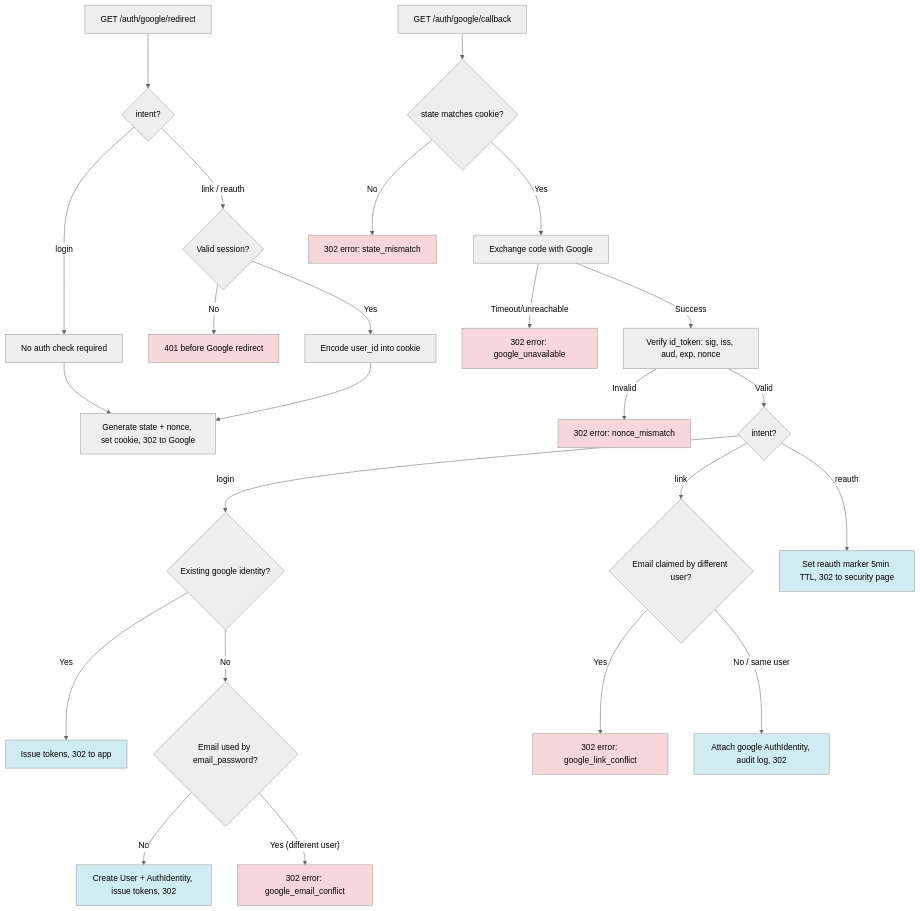
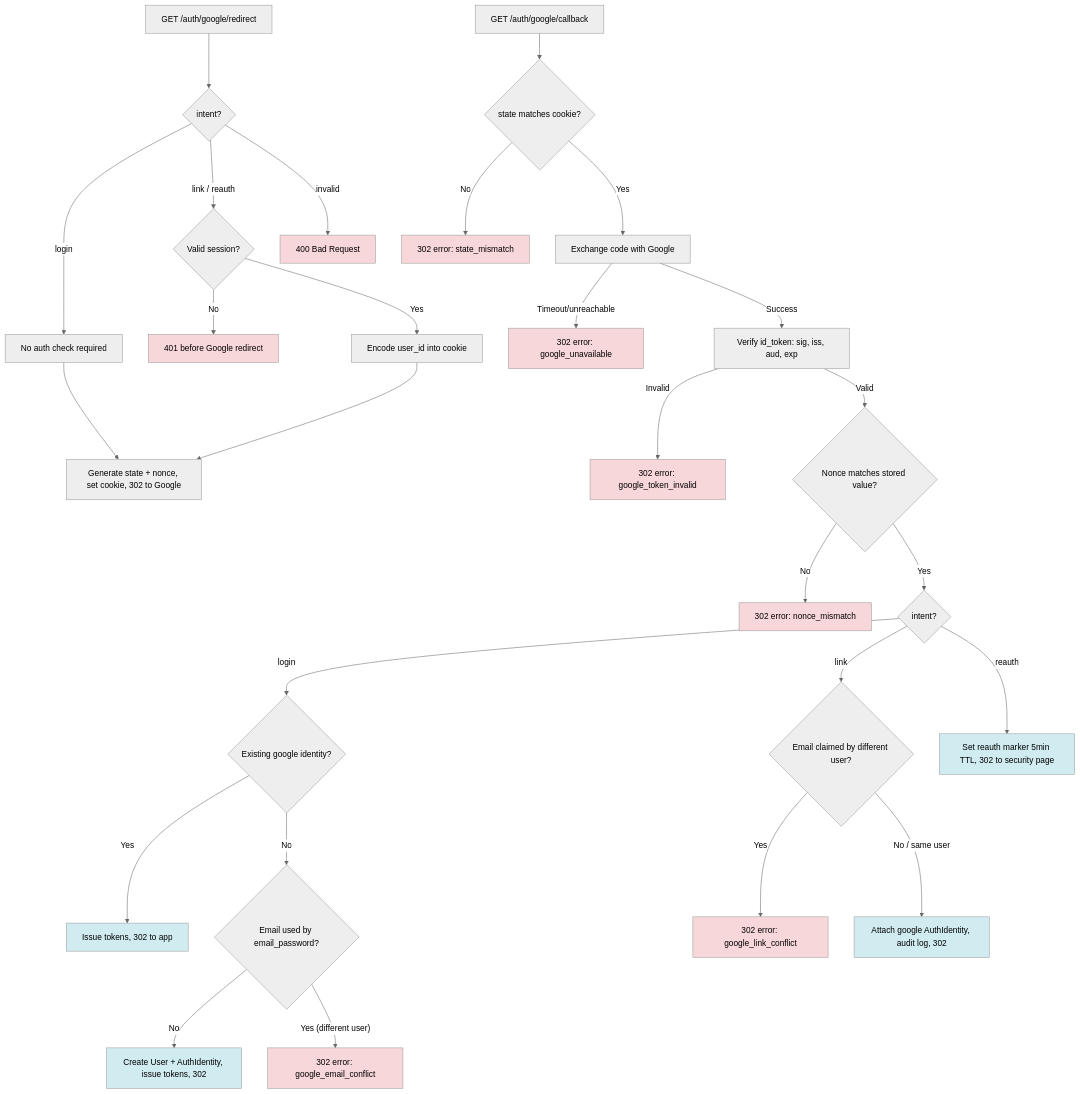
Before and after one commit to anhsbolic/kencleng: the diagram in backend/.local-agents/works/account/02-google-oauth-login-register/2-plan/techplan.md, drawn with Mermaid (neutral theme). The commit also changed other lines of this file and 7 other files, not shown here.

````diff
--- a/backend/.local-agents/works/account/02-google-oauth-login-register/2-plan/techplan.md
+++ b/backend/.local-agents/works/account/02-google-oauth-login-register/2-plan/techplan.md
@@ -27,38 +27,43 @@
 ```mermaid
 flowchart TD
     A["GET /auth/google/redirect"] --> B{"intent?"}
     B -->|"login"| C["No auth check required"]
     B -->|"link / reauth"| D{"Valid session?"}
+    B -->|"invalid"| Y["400 Bad Request"]
     D -->|"No"| E["401 before Google redirect"]
     D -->|"Yes"| F["Encode user_id into cookie"]
     C --> G["Generate state + nonce, set cookie, 302 to Google"]
     F --> G
 
     H["GET /auth/google/callback"] --> I{"state matches cookie?"}
     I -->|"No"| J["302 error: state_mismatch"]
     I -->|"Yes"| K["Exchange code with Google"]
     K -->|"Timeout/unreachable"| L["302 error: google_unavailable"]
-    K -->|"Success"| M["Verify id_token: sig, iss, aud, exp, nonce"]
-    M -->|"Invalid"| N["302 error: nonce_mismatch"]
-    M -->|"Valid"| O{"intent?"}
+    K -->|"Success"| M["Verify id_token: sig, iss, aud, exp"]
+    M -->|"Invalid"| N2["302 error: google_token_invalid"]
+    M -->|"Valid"| M2{"Nonce matches stored value?"}
+    M2 -->|"No"| N["302 error: nonce_mismatch"]
+    M2 -->|"Yes"| O{"intent?"}
     O -->|"login"| P{"Existing google identity?"}
     P -->|"Yes"| Q["Issue tokens, 302 to app"]
     P -->|"No"| R{"Email used by email_password?"}
     R -->|"No"| S["Create User + AuthIdentity, issue tokens, 302"]
     R -->|"Yes (different user)"| T["302 error: google_email_conflict"]
     O -->|"link"| U{"Email claimed by different user?"}
     U -->|"Yes"| V["302 error: google_link_conflict"]
     U -->|"No / same user"| W["Attach google AuthIdentity, audit log, 302"]
     O -->|"reauth"| X["Set reauth marker 5min TTL, 302 to security page"]
 
     style E fill:#f8d7da
     style J fill:#f8d7da
     style L fill:#f8d7da
     style N fill:#f8d7da
     style T fill:#f8d7da
     style V fill:#f8d7da
+    style Y fill:#f8d7da
+    style N2 fill:#f8d7da
     style Q fill:#d1ecf1
     style S fill:#d1ecf1
     style W fill:#d1ecf1
     style X fill:#d1ecf1
 ```
````
